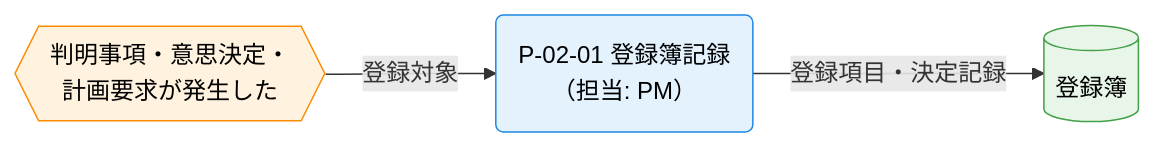
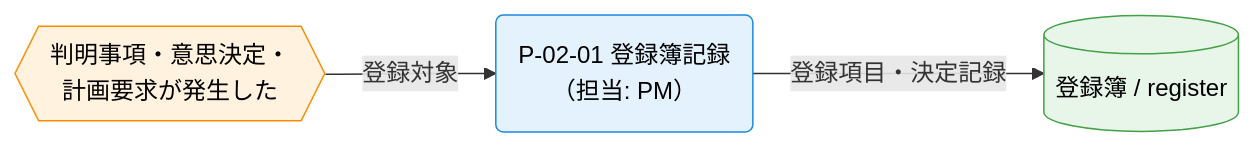
The first of 5 diagrams in docs/ja/product/010-business-specs/010-data-flow/cdfd-plan.md (specdojo/specdojo), drawn with Mermaid before and after one commit. The commit also changed other lines of this file and 14 other files, not shown here.

````diff
--- a/docs/ja/product/010-business-specs/010-data-flow/cdfd-plan.md
+++ b/docs/ja/product/010-business-specs/010-data-flow/cdfd-plan.md
@@ -121,17 +121,17 @@
 ```mermaid
 flowchart LR
   classDef process fill:#e3f2fd,stroke:#1e88e5,color:#000
   classDef event fill:#fff3e0,stroke:#fb8c00,color:#000
   classDef storeTransaction fill:#e8f5e9,stroke:#43a047,color:#000
 
   登録契機{{"判明事項・意思決定・<br>計画要求が発生した"}}
   登録簿記録("P-02-01 登録簿記録<br>（担当: PM）")
-  登録簿[("登録簿")]
+  登録簿[("登録簿 / register")]
 
   登録契機 -->|"登録対象"| 登録簿記録
   登録簿記録 -->|"登録項目・決定記録"| 登録簿
 
   class 登録簿記録 process
   class 登録契機 event
   class 登録簿 storeTransaction
 ```
````
